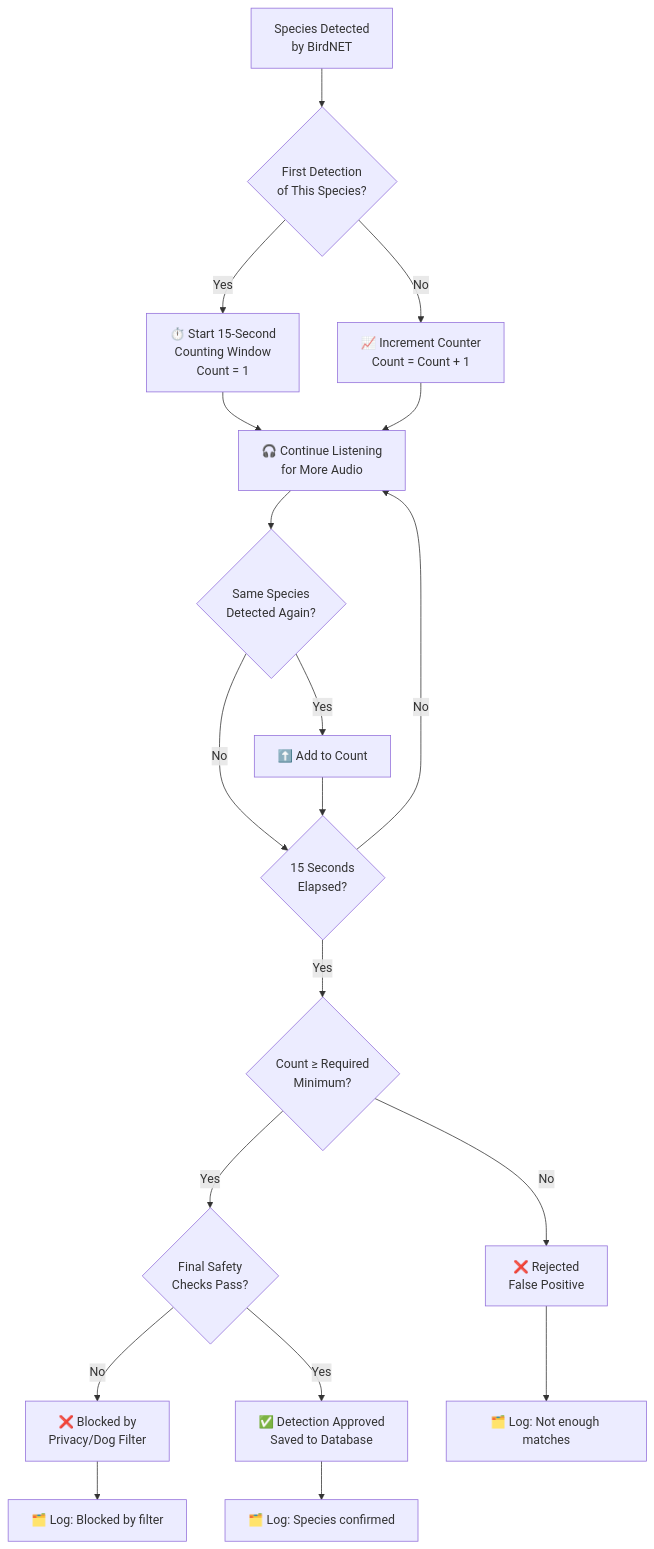
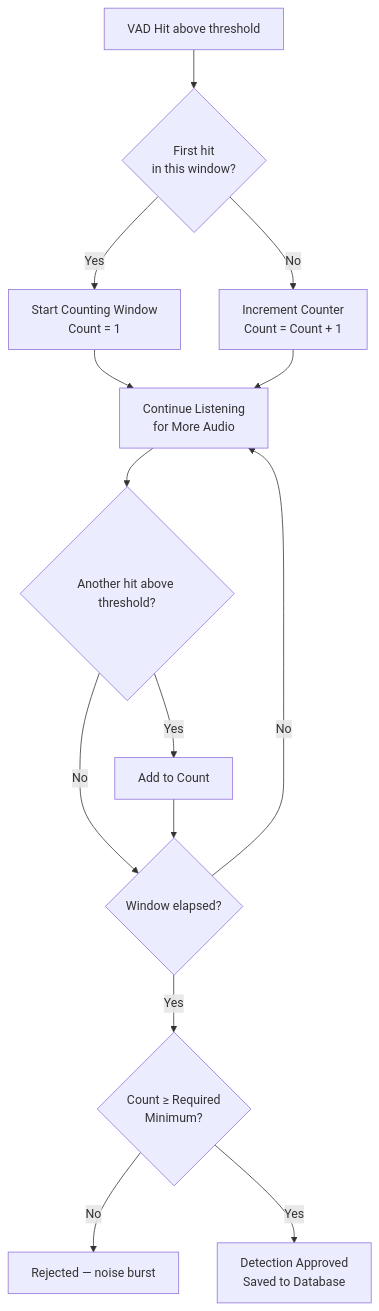
Before and after one commit to DrOctogon/net-go: the second of 2 diagrams in doc/wiki/guide.md, drawn with Mermaid. The commit also changed other lines of this file and 10 other files, not shown here.

````diff
--- a/doc/wiki/guide.md
+++ b/doc/wiki/guide.md
@@ -1510,28 +978,21 @@
 ```mermaid
 graph TD
-    A[Species Detected<br/>by BirdNET] --> B{First Detection<br/>of This Species?}
+    A[VAD Hit above threshold] --> B{First hit<br/>in this window?}
 
-    B -->|Yes| C[⏱️ Start 15-Second<br/>Counting Window<br/>Count = 1]
-    B -->|No| D[📈 Increment Counter<br/>Count = Count + 1]
+    B -->|Yes| C[Start Counting Window<br/>Count = 1]
+    B -->|No| D[Increment Counter<br/>Count = Count + 1]
 
-    C --> E[🎧 Continue Listening<br/>for More Audio]
+    C --> E[Continue Listening<br/>for More Audio]
     D --> E
 
-    E --> F{Same Species<br/>Detected Again?}
-    F -->|Yes| G[⬆️ Add to Count]
-    F -->|No| H{15 Seconds<br/>Elapsed?}
+    E --> F{Another hit above threshold?}
+    F -->|Yes| G[Add to Count]
+    F -->|No| H{Window elapsed?}
 
     G --> H
     H -->|No| E
     H -->|Yes| I{Count ≥ Required<br/>Minimum?}
 
-    I -->|No| J[❌ Rejected<br/>False Positive]
-    I -->|Yes| K{Final Safety<br/>Checks Pass?}
-
-    K -->|No| L[❌ Blocked by<br/>Privacy/Dog Filter]
-    K -->|Yes| M[✅ Detection Approved<br/>Saved to Database]
-
-    J --> N[🗂️ Log: Not enough matches]
-    L --> O[🗂️ Log: Blocked by filter]
-    M --> P[🗂️ Log: Species confirmed]
+    I -->|No| J[Rejected — noise burst]
+    I -->|Yes| K[Detection Approved<br/>Saved to Database]
 ```
````
